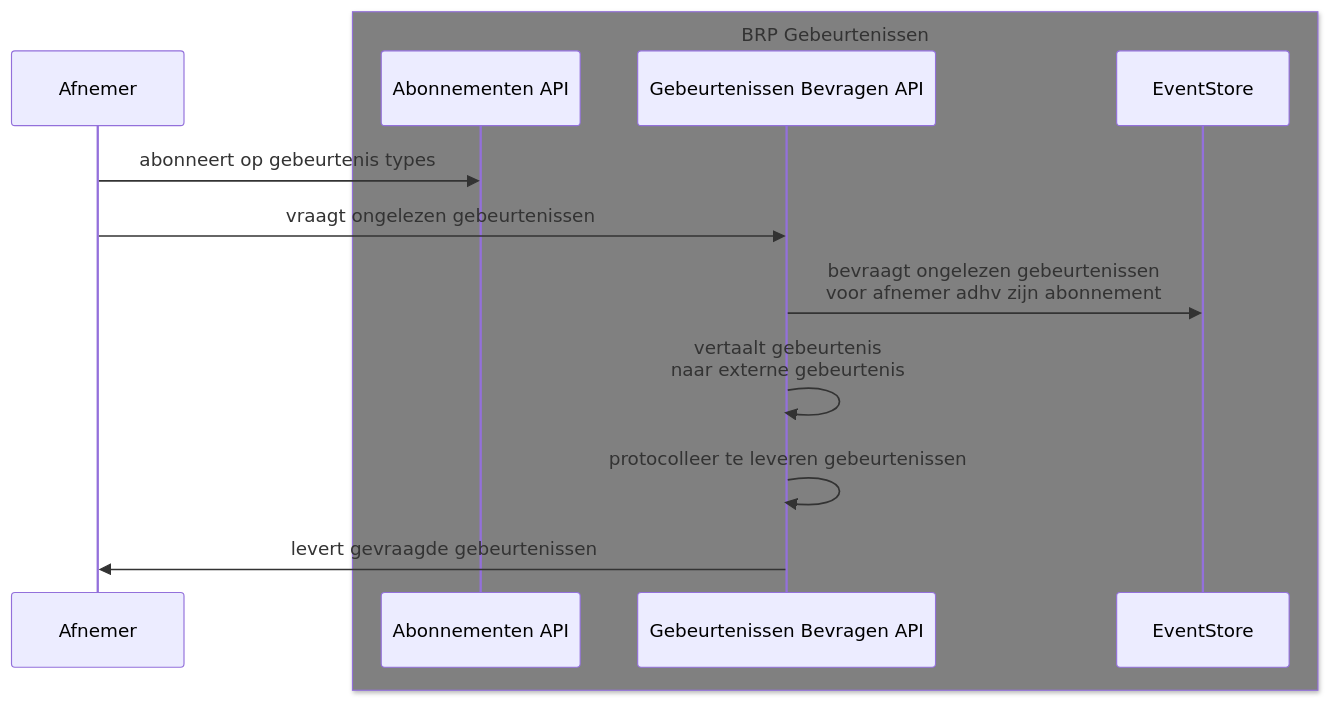
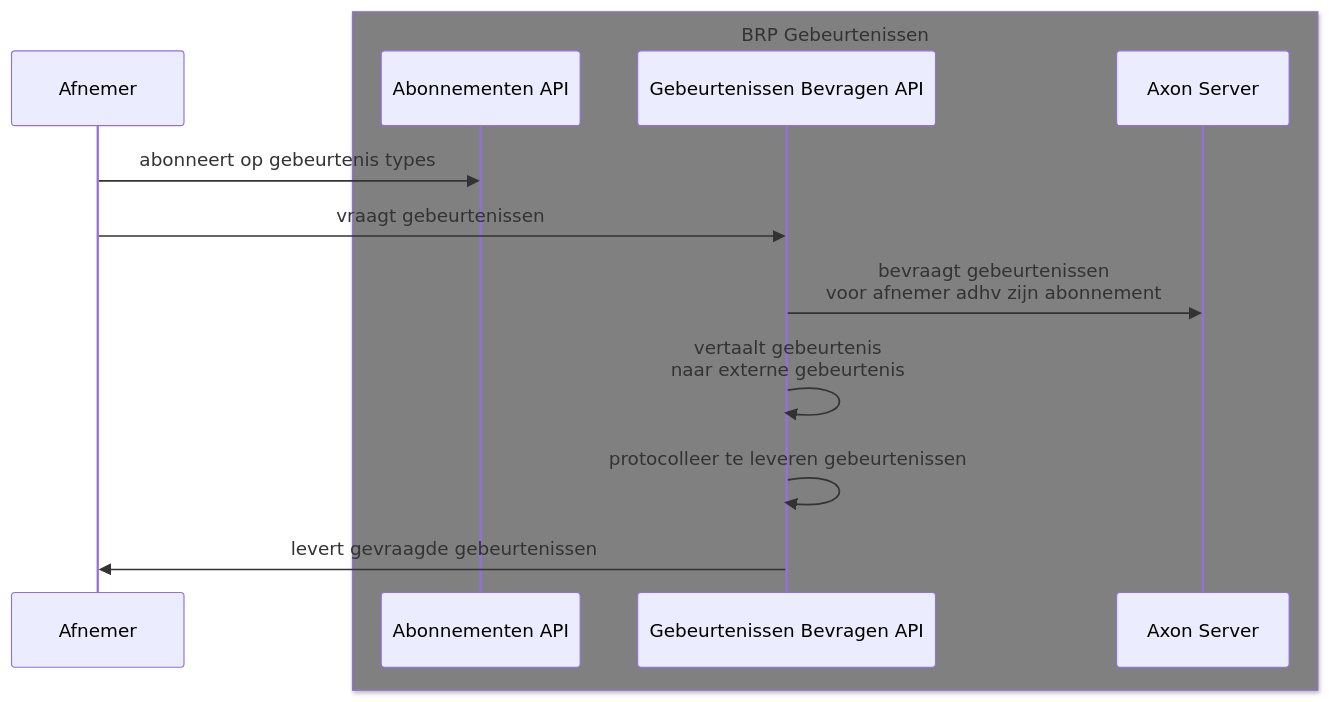
The second of 2 diagrams in architectuur/sequence-diagram.md (BRP-API/brp-api-gebeurtenissen), drawn with Mermaid before and after one commit. The commit also changed other lines of this file and 1 other file, not shown here.

Commit message:
chore: c4 model en sequence diagrammen aangepast

````diff
--- a/architectuur/sequence-diagram.md
+++ b/architectuur/sequence-diagram.md
@@ -25,17 +25,17 @@
 ```mermaid
 sequenceDiagram
     participant Afnemer
     box Grey BRP Gebeurtenissen
         participant SubApi as Abonnementen API
         participant EvtApi as Gebeurtenissen Bevragen API
-        participant ES as EventStore
+        participant ES as Axon Server
     end
 
     Afnemer->>SubApi: abonneert op gebeurtenis types
 
-    Afnemer->>EvtApi: vraagt ongelezen gebeurtenissen
-    EvtApi->>ES: bevraagt ongelezen gebeurtenissen<br/> voor afnemer adhv zijn abonnement
+    Afnemer->>EvtApi: vraagt gebeurtenissen
+    EvtApi->>ES: bevraagt gebeurtenissen<br/> voor afnemer adhv zijn abonnement
     EvtApi->>EvtApi: vertaalt gebeurtenis<br/> naar externe gebeurtenis
     EvtApi->>EvtApi: protocolleer te leveren gebeurtenissen
     EvtApi->>Afnemer: levert gevraagde gebeurtenissen
 ```
````
